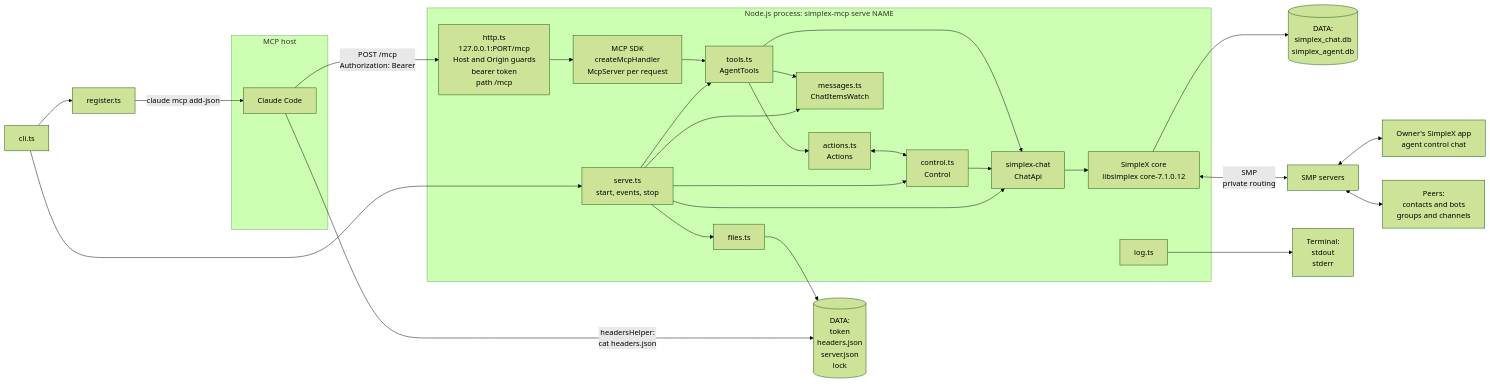
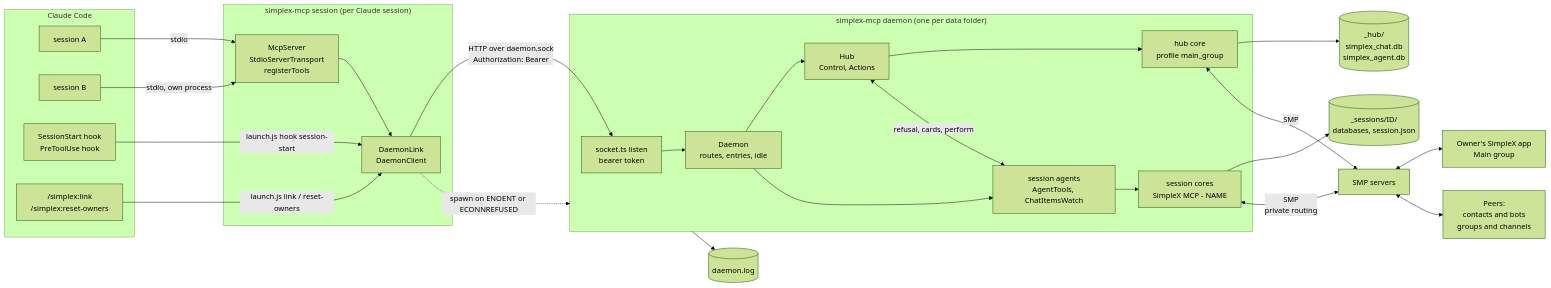
The diagram in packages/simplex-chat-mcp/spec/architecture.md (simplex-chat/simplex-chat), drawn with Mermaid (forest theme) before and after one commit. The commit also changed other lines of this file and 7 other files, not shown here.

Commit message:
mcp: document the plugin and the daemon

````diff
--- a/packages/simplex-chat-mcp/spec/architecture.md
+++ b/packages/simplex-chat-mcp/spec/architecture.md
@@ -26,42 +26,41 @@
 ```mermaid
 flowchart LR
-  subgraph host["MCP host"]
-    cc["Claude Code"]
+  subgraph cc["Claude Code"]
+    sa["session A"]
+    sb["session B"]
+    hk["SessionStart hook<br/>PreToolUse hook"]
+    sk["/simplex:link<br/>/simplex:reset-owners"]
   end
-  subgraph proc["Node.js process: simplex-mcp serve NAME"]
-    http["http.ts<br/>127.0.0.1:PORT/mcp<br/>Host and Origin guards<br/>bearer token<br/>path /mcp"]
-    sdk["MCP SDK<br/>createMcpHandler<br/>McpServer per request"]
-    tools["tools.ts<br/>AgentTools"]
-    actions["actions.ts<br/>Actions"]
-    control["control.ts<br/>Control"]
-    messages["messages.ts<br/>ChatItemsWatch"]
-    serve["serve.ts<br/>start, events, stop"]
-    files["files.ts"]
-    log["log.ts"]
-    lib["simplex-chat<br/>ChatApi"]
-    core["SimpleX core<br/>libsimplex core-7.1.0.12"]
+  subgraph pa["simplex-mcp session (per Claude session)"]
+    mcp["McpServer<br/>StdioServerTransport<br/>registerTools"]
+    link["DaemonLink<br/>DaemonClient"]
   end
-  cli["cli.ts"] --> serve
-  cli --> register["register.ts"]
-  register -->|"claude mcp add-json"| cc
-  cc -->|"headersHelper:<br/>cat headers.json"| data
-  cc -->|"POST /mcp<br/>Authorization: Bearer"| http
-  http --> sdk --> tools
-  tools --> actions
-  actions <--> control
-  tools --> messages
-  serve --> control
-  serve --> tools
-  serve --> messages
-  serve --> files
-  files --> data[("DATA:<br/>token<br/>headers.json<br/>server.json<br/>lock")]
-  tools --> lib
-  control --> lib
-  serve --> lib
-  lib --> core
-  core --> db[("DATA:<br/>simplex_chat.db<br/>simplex_agent.db")]
-  core <-->|"SMP<br/>private routing"| smp["SMP servers"]
-  smp <--> owner["Owner's SimpleX app<br/>agent control chat"]
+  subgraph pd["simplex-mcp daemon (one per data folder)"]
+    sock["socket.ts listen<br/>bearer token"]
+    dm["Daemon<br/>routes, entries, idle"]
+    hub["Hub<br/>Control, Actions"]
+    ag["session agents<br/>AgentTools, ChatItemsWatch"]
+    hcore["hub core<br/>profile main_group"]
+    score["session cores<br/>SimpleX MCP - NAME"]
+  end
+  sa -->|stdio| mcp
+  sb -->|stdio, own process| mcp
+  hk -->|"launch.js hook session-start"| link
+  sk -->|"launch.js link / reset-owners"| link
+  mcp --> link
+  link -->|"HTTP over daemon.sock<br/>Authorization: Bearer"| sock
+  link -.->|"spawn on ENOENT or ECONNREFUSED"| pd
+  sock --> dm
+  dm --> hub
+  dm --> ag
+  hub --> hcore
+  ag --> score
+  hub <-->|"refusal, cards, perform"| ag
+  hcore --> hdb[("_hub/<br/>simplex_chat.db<br/>simplex_agent.db")]
+  score --> sdb[("_sessions/ID/<br/>databases, session.json")]
+  hcore <-->|SMP| smp["SMP servers"]
+  score <-->|"SMP<br/>private routing"| smp
+  smp <--> owner["Owner's SimpleX app<br/>Main group"]
   smp <--> peers["Peers:<br/>contacts and bots<br/>groups and channels"]
-  log --> term["Terminal:<br/>stdout<br/>stderr"]
+  pd --> logf[("daemon.log")]
 ```
````
